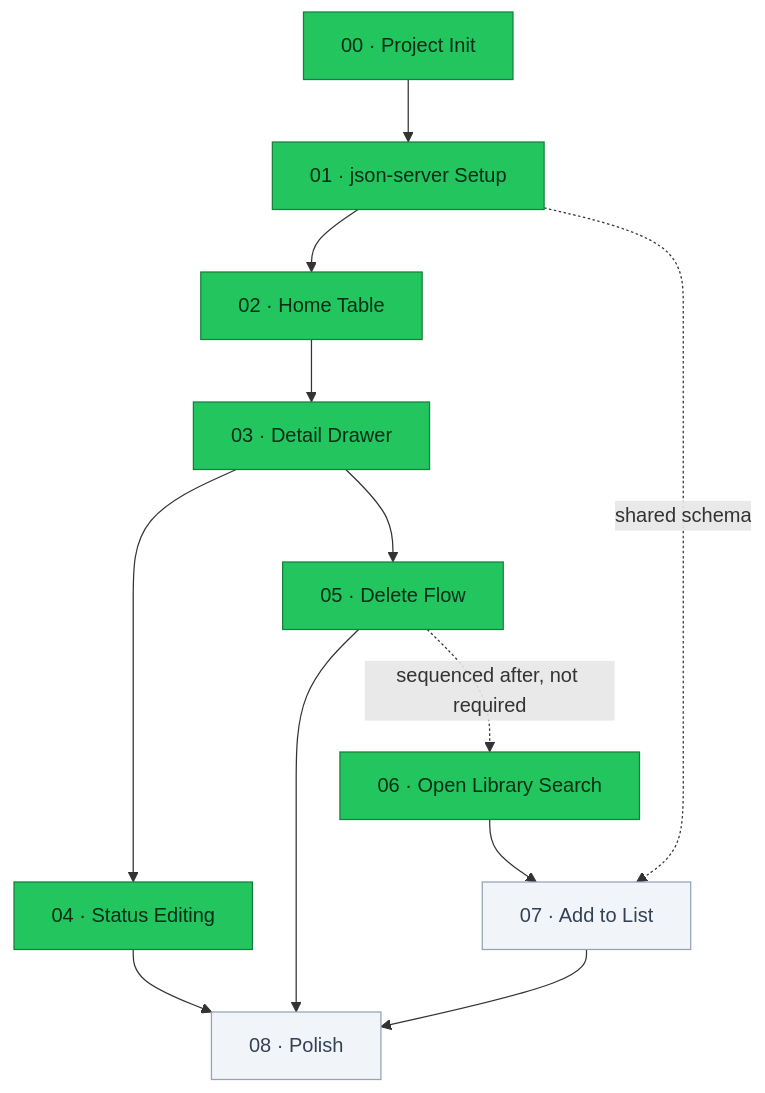
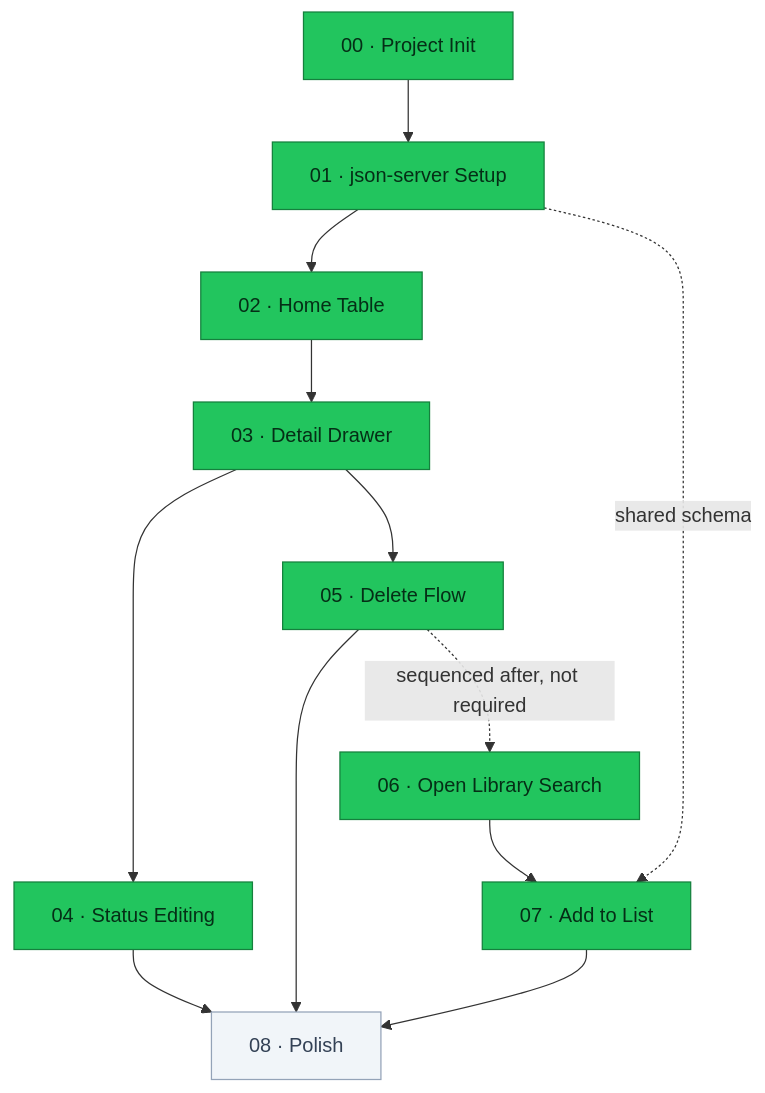
The first of 3 diagrams in README.md (raki-rankawat/next-reading-list-app), drawn with Mermaid before and after one commit. The commit also changed other lines of this file and 1 other file, not shown here.

````diff
--- a/README.md
+++ b/README.md
@@ -27,19 +27,19 @@
 ```mermaid
 flowchart TD
     F00["00 · Project Init"] --> F01["01 · json-server Setup"]
     F01 --> F02["02 · Home Table"]
     F02 --> F03["03 · Detail Drawer"]
     F03 --> F04["04 · Status Editing"]
     F03 --> F05["05 · Delete Flow"]
     F05 -.->|"sequenced after, not required"| F06["06 · Open Library Search"]
     F06 --> F07["07 · Add to List"]
     F01 -.->|"shared schema"| F07
     F04 --> F08["08 · Polish"]
     F05 --> F08
     F07 --> F08
 
     classDef done fill:#22c55e,stroke:#15803d,color:#052e16
     classDef todo fill:#f1f5f9,stroke:#94a3b8,color:#334155
-    class F00,F01,F02,F03,F04,F05,F06 done
-    class F07,F08 todo
+    class F00,F01,F02,F03,F04,F05,F06,F07 done
+    class F08 todo
 ```
````
